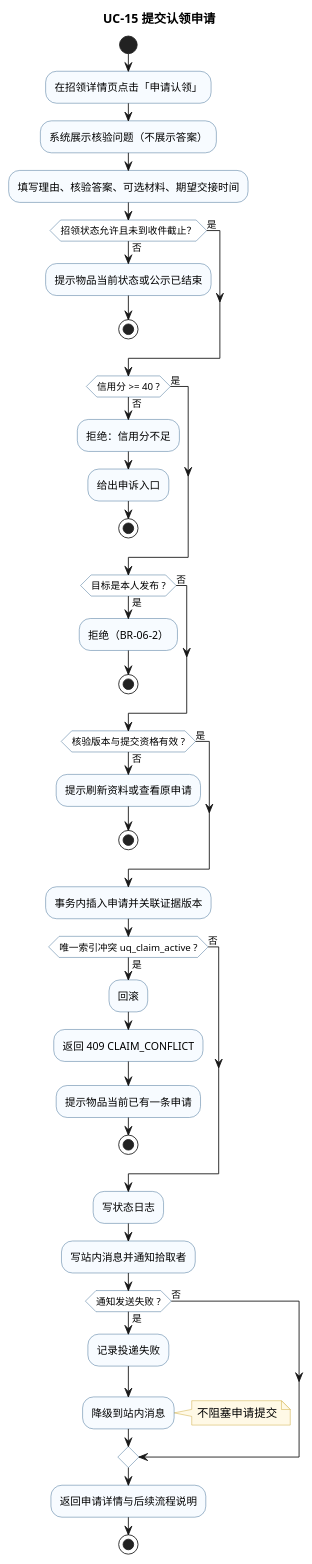
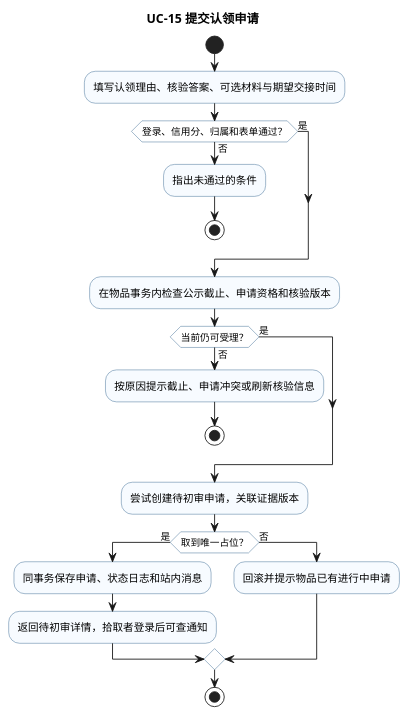
One commit to phao90016-jpg/Tongji-campus-lost-found changed the diagram in models/sequence/act-uc15-submit-claim.puml. Above: the diagram before and after it, drawn with PlantUML. The commit also changed 30 other files, not shown here.

Commit message:
docs: 修正用例图和通知时序图

```diff
--- a/models/sequence/act-uc15-submit-claim.puml
+++ b/models/sequence/act-uc15-submit-claim.puml
@@ -1,72 +1,33 @@
 @startuml act-uc15-submit-claim
-' ============================================================
-' UC-15 提交认领申请 · 活动图
-' 对应 SRS §4.2
-' ============================================================
 title UC-15 提交认领申请
-
-skinparam defaultFontName "Microsoft YaHei"
+skinparam defaultFontName "PingFang SC"
 skinparam shadowing false
 skinparam activity {
   BackgroundColor #F7FBFF
   BorderColor #2C5F8A
   DiamondBackgroundColor #FFFFFF
 }
-skinparam note {
-  BackgroundColor #FFF9E6
-  BorderColor #C9A227
-}
 
 start
 
-:在招领详情页点击「申请认领」;
-:系统展示核验问题（不展示答案）;
-:填写理由、核验答案、可选材料、期望交接时间;
-
-if (招领状态允许且未到收件截止？) then (否)
-  :提示物品当前状态或公示已结束;
+:填写认领理由、核验答案、可选材料与期望交接时间;
+if (登录、信用分、归属和表单通过？) then (是)
+else (否)
+  :指出未通过的条件;
   stop
-else (是)
 endif
-
-if (信用分 >= 40 ?) then (否)
-  :拒绝：信用分不足;
-  :给出申诉入口;
+:在物品事务内检查公示截止、申请资格和核验版本;
+if (当前仍可受理？) then (是)
+else (否)
+  :按原因提示截止、申请冲突或刷新核验信息;
   stop
-else (是)
 endif
-
-if (目标是本人发布 ?) then (是)
-  :拒绝（BR-06-2）;
-  stop
+:尝试创建待初审申请，关联证据版本;
+if (取到唯一占位？) then (是)
+  :同事务保存申请、状态日志和站内消息;
+  :返回待初审详情，拾取者登录后可查通知;
 else (否)
+  :回滚并提示物品已有进行中申请;
 endif
-
-if (核验版本与提交资格有效 ?) then (否)
-  :提示刷新资料或查看原申请;
-  stop
-else (是)
-endif
-:事务内插入申请并关联证据版本;
-
-if (唯一索引冲突 uq_claim_active ?) then (是)
-  :回滚;
-  :返回 409 CLAIM_CONFLICT;
-  :提示物品当前已有一条申请;
-  stop
-else (否)
-endif
-
-:写状态日志;
-:写站内消息并通知拾取者;
-if (通知发送失败 ?) then (是)
-  :记录投递失败;
-  :降级到站内消息;
-  note right : 不阻塞申请提交
-else (否)
-endif
-
-:返回申请详情与后续流程说明;
 stop
-
 @enduml
```
